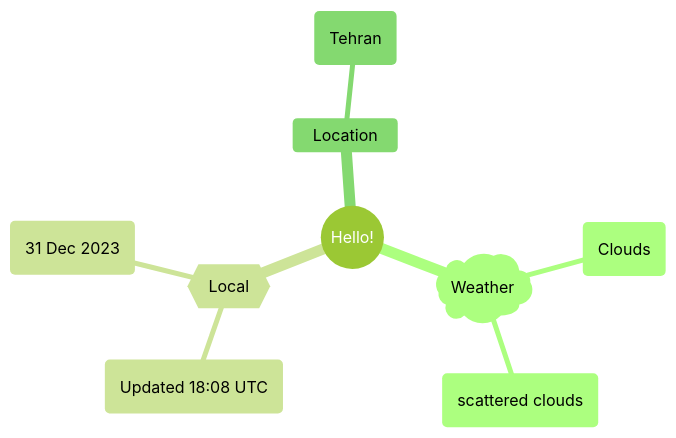
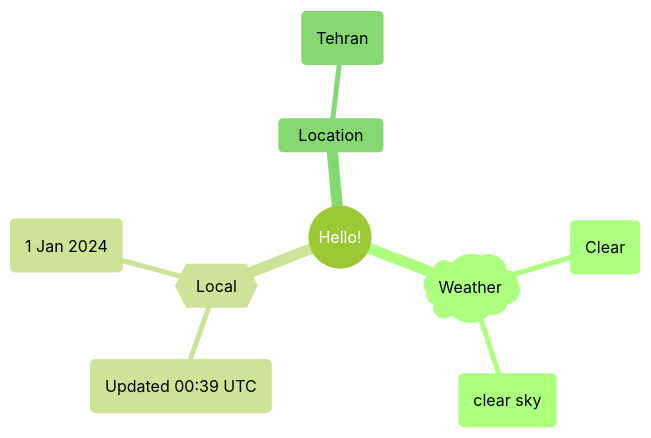
The first of 2 diagrams in README.md (Xosrov/Xosrov), drawn with Mermaid (forest theme) before and after one commit.

Commit message:
[bot] updated images

````diff
--- a/README.md
+++ b/README.md
@@ -3,12 +3,12 @@
 ```mermaid
 mindmap
   root((Hello!))
     )Weather(
-        (Clouds)
-        (scattered clouds)
+        (Clear)
+        (clear sky)
     {{Local}}
-        (Updated 18:08 UTC)
-        (31 Dec 2023)
+        (Updated 00:39 UTC)
+        (1 Jan 2024)
     Location
         (Tehran)
 ```
````
